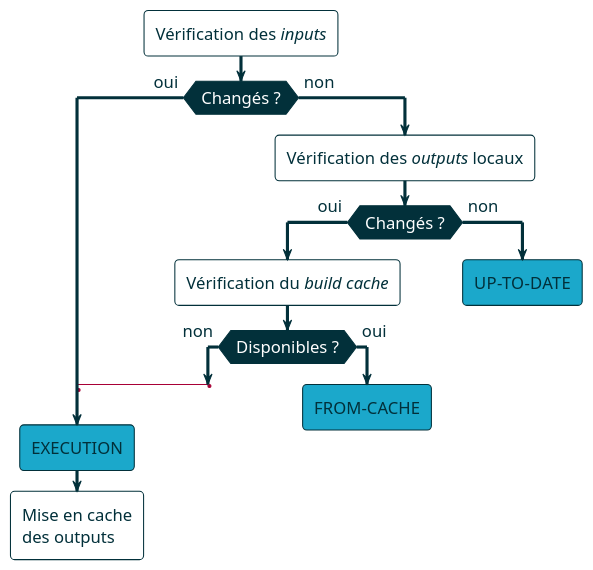
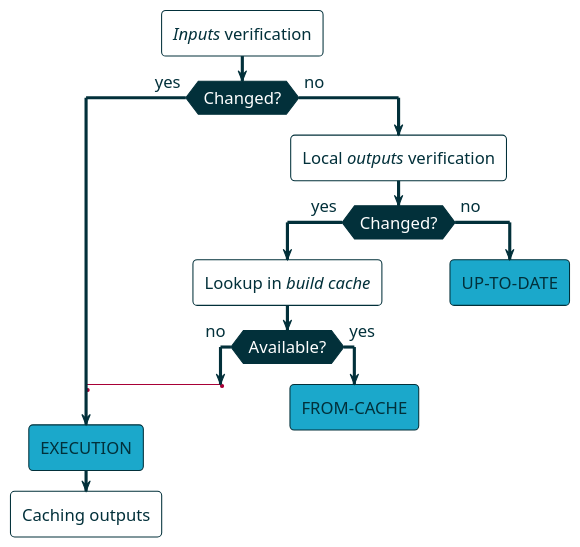
One commit to ljacomet/gradle-build-love changed the diagram in slides/src/docs/asciidoc/fragments/_diagram_task-execution.adoc. Above: the diagram before and after it, drawn with PlantUML. The commit also changed 11 other files, not shown here.

```diff
--- a/slides/src/docs/asciidoc/fragments/_diagram_task-execution.adoc
+++ b/slides/src/docs/asciidoc/fragments/_diagram_task-execution.adoc
@@ -1,61 +1,61 @@
 [plantuml]
 ....
 @startuml
 !theme spacelab
 <style>
 activityDiagram {
   BackgroundColor transparent
   FontName Helvetica
   FontSize 16
   FontColor 02303a
   LineColor 02303a
   diamond {
     BackgroundColor 02303a
     FontColor white
   }
 }
 </style>
-:Vérification des //inputs//;
-if(Changés ?) then (oui)
+://Inputs// verification;
+if(Changed?) then (yes)
     label space_1
     label space_2
     label space_3
     label space_4
     label space_5
     label space_6
     label space_7
     label space_8
     label space_9
     label space_10
     label space_11
     label space_12
     label space_13
     label exec
     #1ba8cb :EXECUTION;
-    :Mise en cache\ndes outputs;
+    :Caching outputs;
     detach
-else (non)
+else (no)
     label space_100
-    :Vérification des //outputs// locaux;
+    :Local //outputs// verification;
     label space_101
     label space_102
-    if(Changés ?) then (oui)
+    if(Changed?) then (yes)
         label space_200
-        :Vérification du //build cache//;
+        :Lookup in //build cache//;
         label space_201
-        if(Disponibles ?) then (non)
+        if(Available?) then (no)
             label space_300
             goto exec
-        else(oui)
+        else(yes)
             label space_400
             #1ba8cb :FROM-CACHE;
             detach
         endif
-    else(non)
+    else(no)
         label space_500
         #1ba8cb :UP-TO-DATE;
         detach
     endif
 endif
 @enduml
 ....
```
